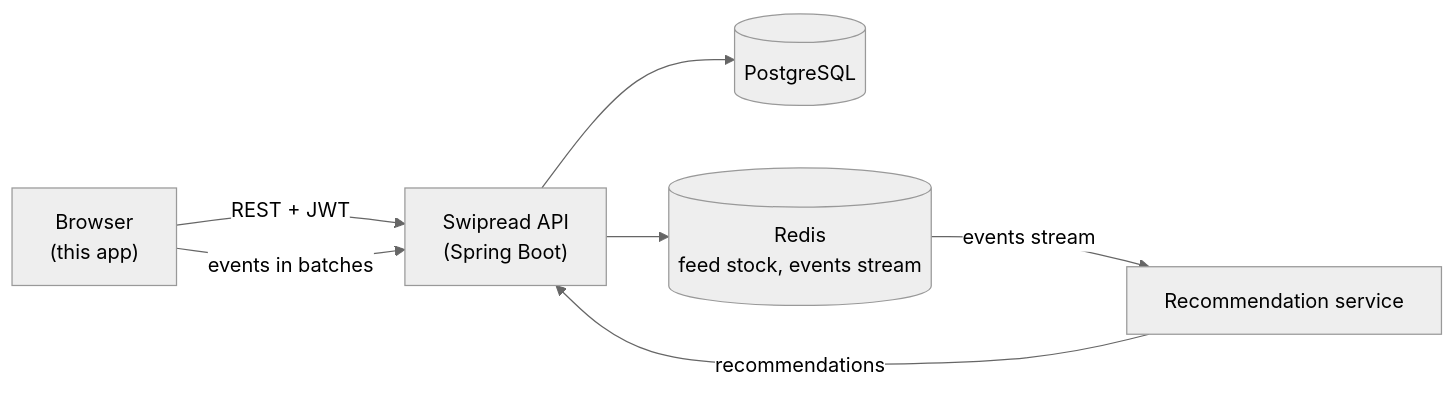
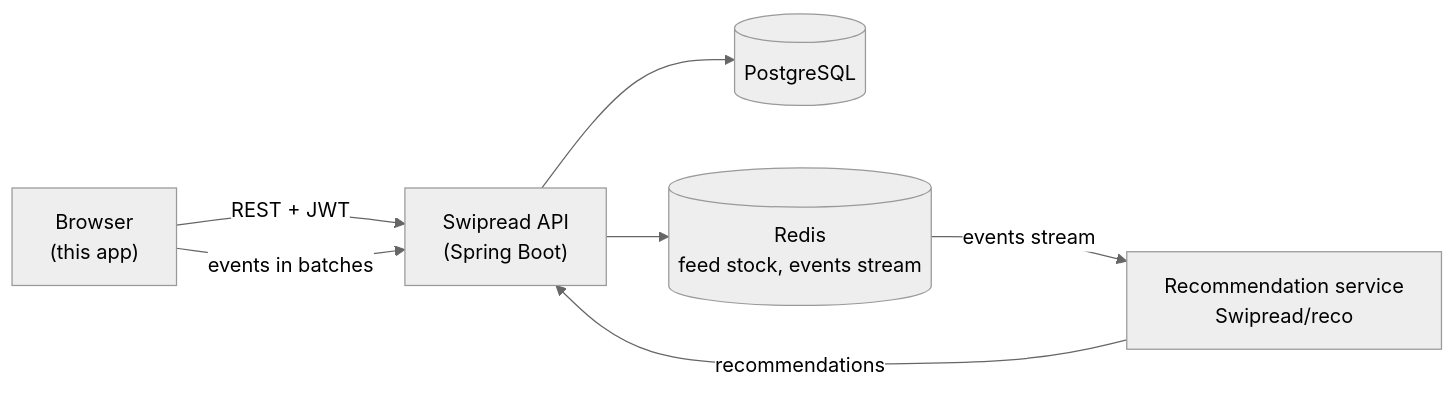
The diagram in docs/architecture.md (Swipread/web), drawn with Mermaid (neutral theme) before and after one commit. The commit also changed 1 other file, not shown here.

Commit message:
docs: link the recommendation service, version 1.1.0 in production

````diff
--- a/docs/architecture.md
+++ b/docs/architecture.md
@@ -5,9 +5,9 @@
 ```mermaid
 flowchart LR
     Browser["Browser<br/>(this app)"] -- "REST + JWT" --> API["Swipread API<br/>(Spring Boot)"]
     Browser -- "events in batches" --> API
     API --> DB[(PostgreSQL)]
     API --> Redis[(Redis<br/>feed stock, events stream)]
-    Redis -- "events stream" --> Reco["Recommendation service"]
+    Redis -- "events stream" --> Reco["Recommendation service<br/>Swipread/reco"]
     Reco -- "recommendations" --> API
 ```
````
